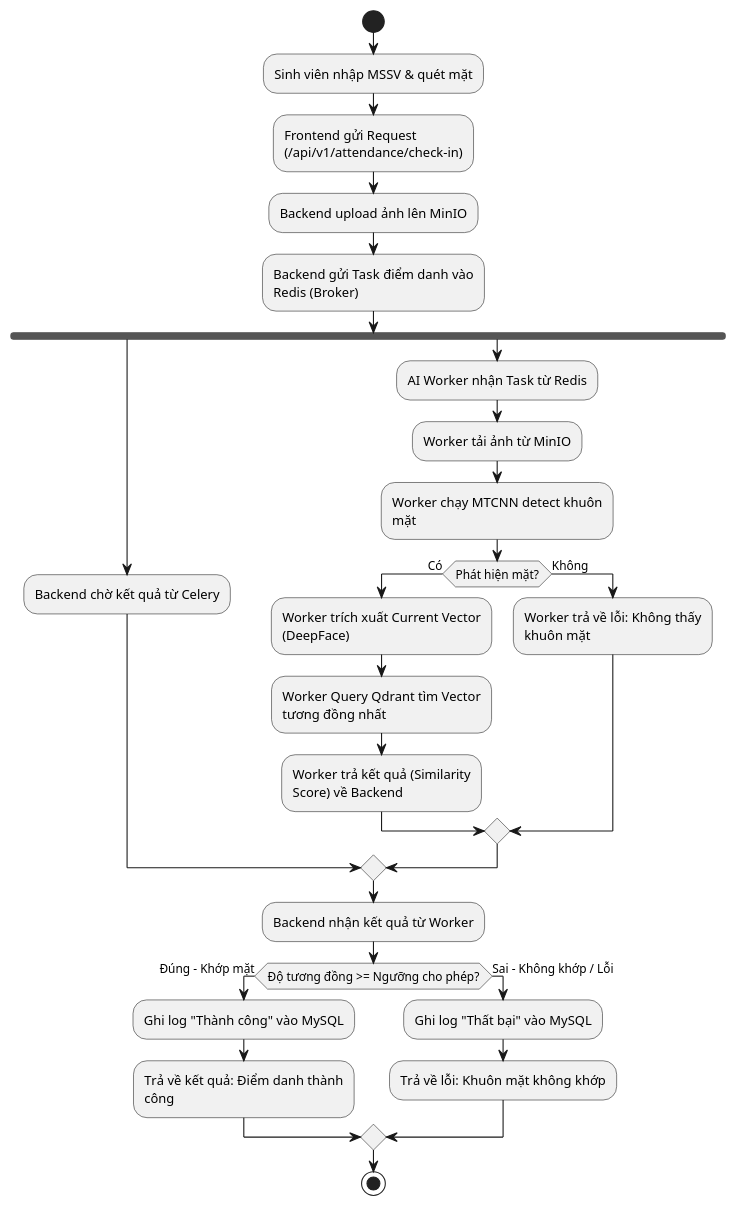
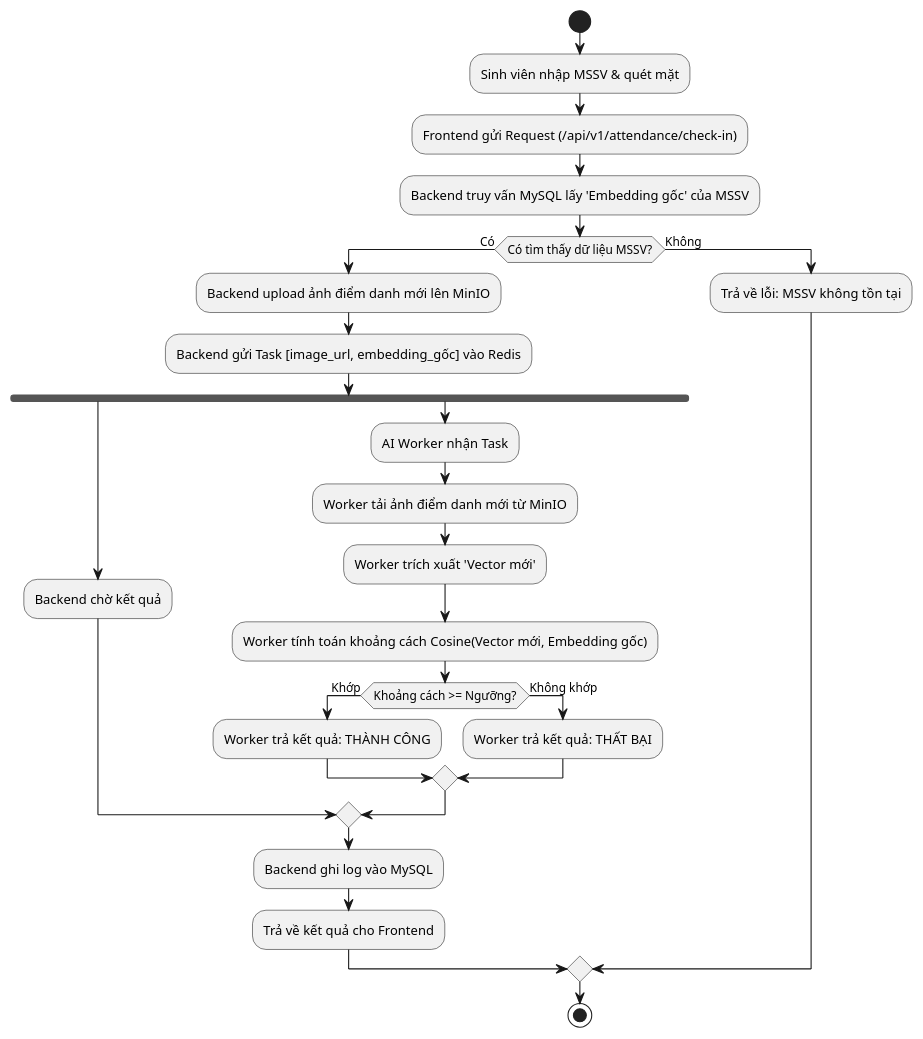
The diagram in uml/activity_diem_danh.puml (LeVietThanh1412/BTL-2526II_AIT3004_2-smart_attendance_system), drawn with PlantUML before and after one commit. The commit also changed 3 other files, not shown here.

```diff
--- a/uml/activity_diem_danh.puml
+++ b/uml/activity_diem_danh.puml
@@ -1,42 +1,38 @@
-@startuml Activity_DiemDanh
+@startuml
 skinparam linetype ortho
 skinparam conditionStyle inside
-skinparam wrapWidth 200
-skinparam nodesep 40
-skinparam ranksep 40
 
 start
 :Sinh viên nhập MSSV & quét mặt;
 :Frontend gửi Request (/api/v1/attendance/check-in);
 
-:Backend upload ảnh lên MinIO;
-:Backend gửi Task điểm danh vào Redis (Broker);
+:Backend truy vấn MySQL lấy 'Embedding gốc' của MSSV;
 
-fork
-    :Backend chờ kết quả từ Celery;
-fork again
-    :AI Worker nhận Task từ Redis;
-    :Worker tải ảnh từ MinIO;
-    :Worker chạy MTCNN detect khuôn mặt;
+if (Có tìm thấy dữ liệu MSSV?) then (Có)
+    :Backend upload ảnh điểm danh mới lên MinIO;
+    :Backend gửi Task [image_url, embedding_gốc] vào Redis;
     
-    if (Phát hiện mặt?) then (Có)
-        :Worker trích xuất Current Vector (DeepFace);
-        :Worker Query Qdrant tìm Vector tương đồng nhất;
-        :Worker trả kết quả (Similarity Score) về Backend;
-    else (Không)
-        :Worker trả về lỗi: Không thấy khuôn mặt;
-    endif
-end merge
-
-:Backend nhận kết quả từ Worker;
-
-if (Độ tương đồng >= Ngưỡng cho phép?) then (Đúng - Khớp mặt)
-    :Ghi log "Thành công" vào MySQL;
-    :Trả về kết quả: Điểm danh thành công;
-else (Sai - Không khớp / Lỗi)
-    :Ghi log "Thất bại" vào MySQL;
-    :Trả về lỗi: Khuôn mặt không khớp;
+    fork
+        :Backend chờ kết quả;
+    fork again
+        :AI Worker nhận Task;
+        :Worker tải ảnh điểm danh mới từ MinIO;
+        :Worker trích xuất 'Vector mới';
+        
+        :Worker tính toán khoảng cách Cosine(Vector mới, Embedding gốc);
+        
+        if (Khoảng cách >= Ngưỡng?) then (Khớp)
+            :Worker trả kết quả: THÀNH CÔNG;
+        else (Không khớp)
+            :Worker trả kết quả: THẤT BẠI;
+        endif
+    end merge
+    
+    :Backend ghi log vào MySQL;
+    :Trả về kết quả cho Frontend;
+else (Không)
+    :Trả về lỗi: MSSV không tồn tại;
 endif
 
 stop
 @enduml
```
